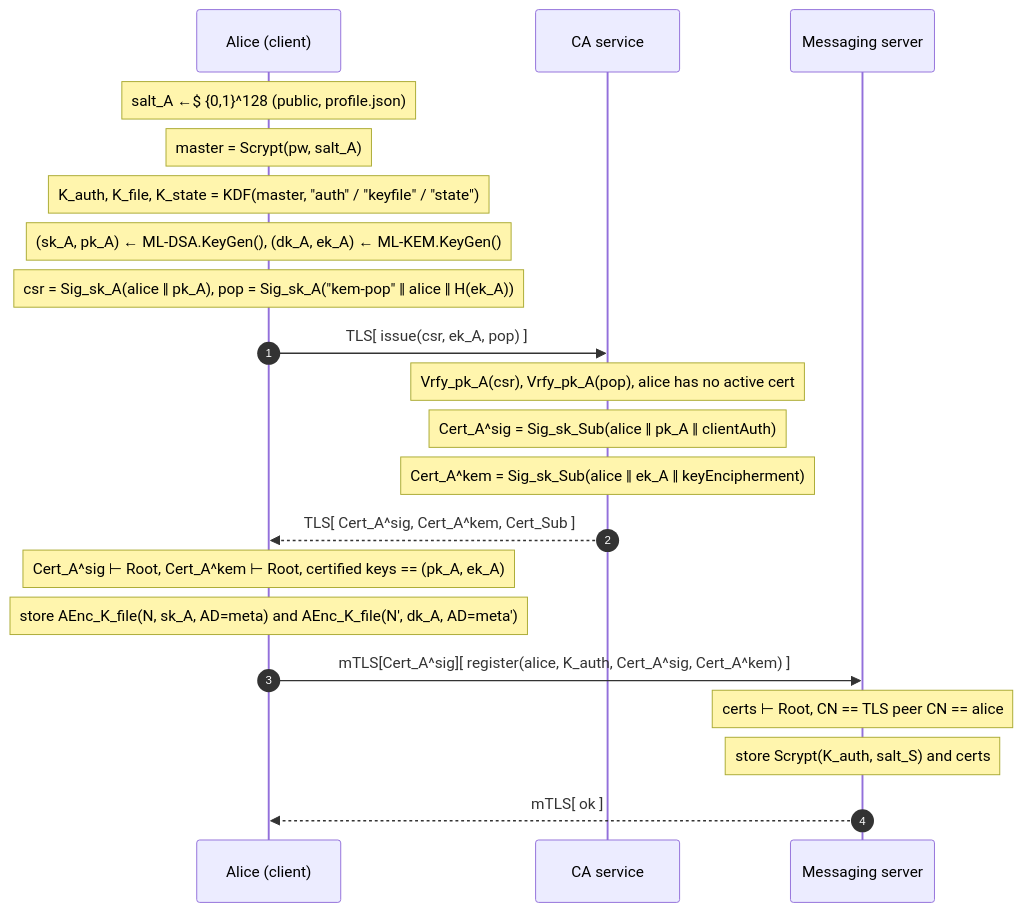
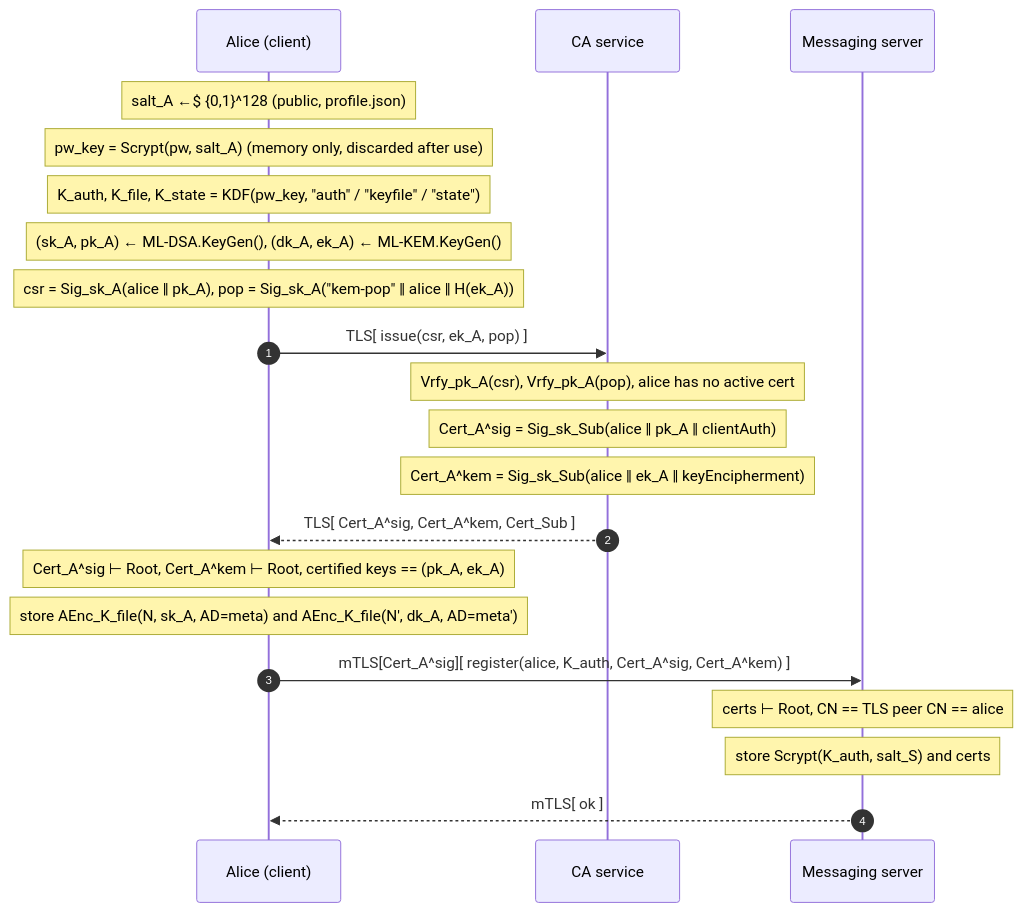
The third of 5 diagrams in plan.md (darthrevan030/ping-secure-messenger), drawn with Mermaid before and after one commit. The commit also changed other lines of this file, not shown here.

First line of the commit message:
refactor(plan): improve password handling and key derivation process

````diff
--- a/plan.md
+++ b/plan.md
@@ -124,23 +124,23 @@
 ```mermaid
 sequenceDiagram
   autonumber
   participant A as Alice (client)
   participant CA as CA service
   participant S as Messaging server
   Note over A: salt_A ←$ {0,1}^128 (public, profile.json)
-  Note over A: master = Scrypt(pw, salt_A)
-  Note over A: K_auth, K_file, K_state = KDF(master, "auth" / "keyfile" / "state")
+  Note over A: pw_key = Scrypt(pw, salt_A) (memory only, discarded after use)
+  Note over A: K_auth, K_file, K_state = KDF(pw_key, "auth" / "keyfile" / "state")
   Note over A: (sk_A, pk_A) ← ML-DSA.KeyGen(), (dk_A, ek_A) ← ML-KEM.KeyGen()
   Note over A: csr = Sig_sk_A(alice ‖ pk_A), pop = Sig_sk_A("kem-pop" ‖ alice ‖ H(ek_A))
   A->>CA: TLS[ issue(csr, ek_A, pop) ]
   Note over CA: Vrfy_pk_A(csr), Vrfy_pk_A(pop), alice has no active cert
   Note over CA: Cert_A^sig = Sig_sk_Sub(alice ‖ pk_A ‖ clientAuth)
   Note over CA: Cert_A^kem = Sig_sk_Sub(alice ‖ ek_A ‖ keyEncipherment)
   CA-->>A: TLS[ Cert_A^sig, Cert_A^kem, Cert_Sub ]
   Note over A: Cert_A^sig ⊢ Root, Cert_A^kem ⊢ Root, certified keys == (pk_A, ek_A)
   Note over A: store AEnc_K_file(N, sk_A, AD=meta) and AEnc_K_file(N', dk_A, AD=meta')
   A->>S: mTLS[Cert_A^sig][ register(alice, K_auth, Cert_A^sig, Cert_A^kem) ]
   Note over S: certs ⊢ Root, CN == TLS peer CN == alice
   Note over S: store Scrypt(K_auth, salt_S) and certs
   S-->>A: mTLS[ ok ]
 ```
````
